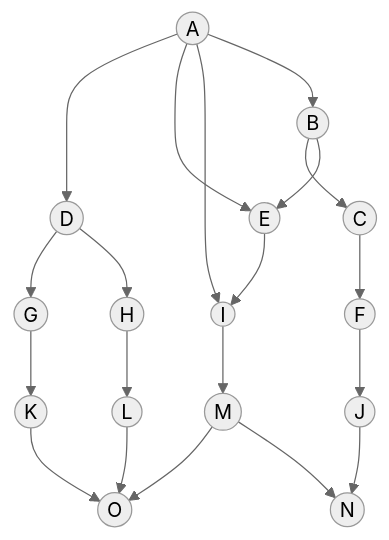
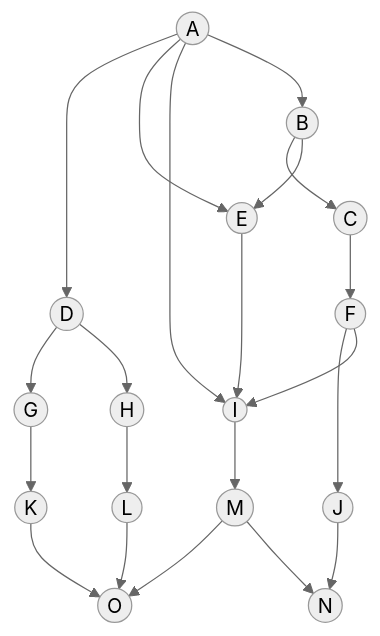
The first of 4 diagrams in task-7/biba-boba-task7.md (hse-algo-24-crow/manual-tasks-crow), drawn with Mermaid (neutral theme) before and after one commit. The commit also changed other lines of this file, not shown here.

````diff
--- a/task-7/biba-boba-task7.md
+++ b/task-7/biba-boba-task7.md
@@ -23,22 +23,23 @@
 ```mermaid
 graph TB
 A((A))-->D((D))
 A-->E((E))
 A-->I((I))
 A-->B((B))
 B-->C((C))
 B-->E((E))
 C-->F((F))
 D((D))-->G((G))
 D-->H((H))
 E-->I
 F-->J((J))
+F-->I((I))
 G((G))-->K((K))
 H-->L((L))
 I-->M((M))
 J-->N((N))
 K-->O((O))
 L-->O
 M-->O
 M-->N
 ```
````
